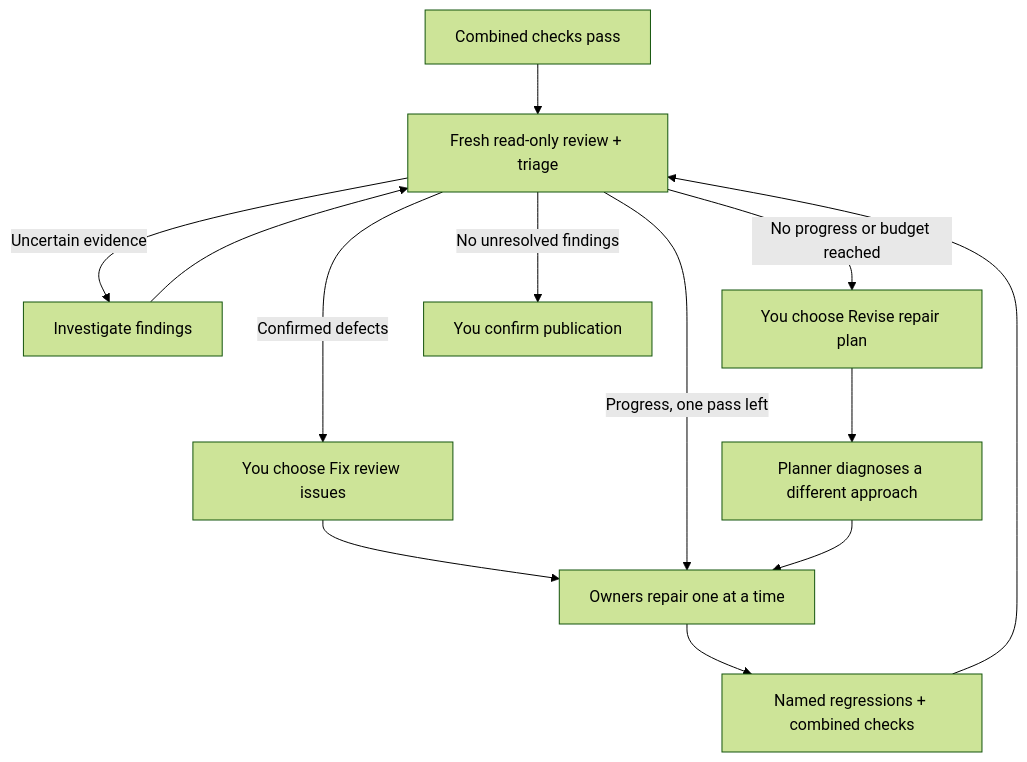
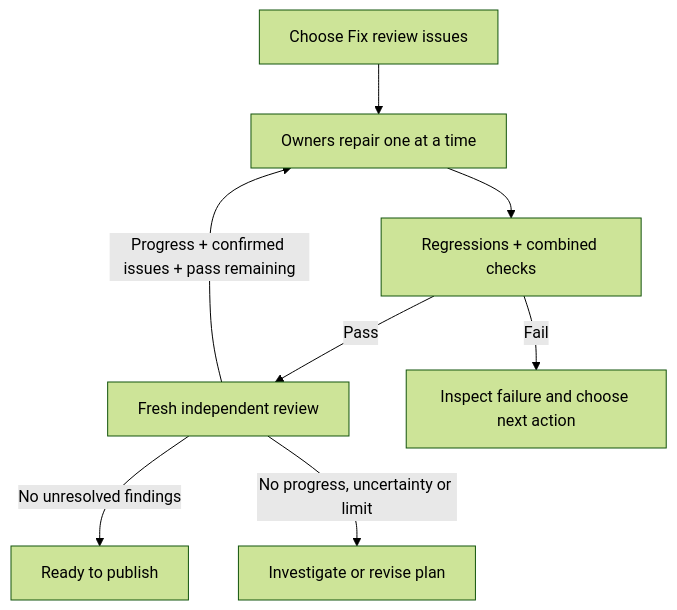
Before and after one commit to minimumeffort-dev/sprowt.harness: the diagram in docs/review.md, drawn with Mermaid (forest theme). The commit also changed other lines of this file and 17 other files, not shown here.

````diff
--- a/docs/review.md
+++ b/docs/review.md
@@ -5,15 +41,10 @@
 ```mermaid
 flowchart TB
-    checks["Combined checks pass"] --> review["Fresh read-only review + triage"]
-    review -->|"Confirmed defects"| choice["You choose Fix review issues"]
-    review -->|"Uncertain evidence"| investigate["Investigate findings"]
-    investigate --> review
-    choice --> fix["Owners repair one at a time"]
-    fix --> verify["Named regressions + combined checks"]
-    verify --> review
-    review -->|"Progress, one pass left"| fix
-    review -->|"No progress or budget reached"| revise["You choose Revise repair plan"]
-    revise --> plan["Planner diagnoses a different approach"]
-    plan --> fix
-    review -->|"No unresolved findings"| publish["You confirm publication"]
+    choose["Choose Fix review issues"] --> fix["Owners repair one at a time"]
+    fix --> checks["Regressions + combined checks"]
+    checks -->|"Pass"| review["Fresh independent review"]
+    checks -->|"Fail"| attention["Inspect failure and choose next action"]
+    review -->|"No unresolved findings"| ready["Ready to publish"]
+    review -->|"Progress + confirmed issues + pass remaining"| fix
+    review -->|"No progress, uncertainty or limit"| stop["Investigate or revise plan"]
 ```
````
